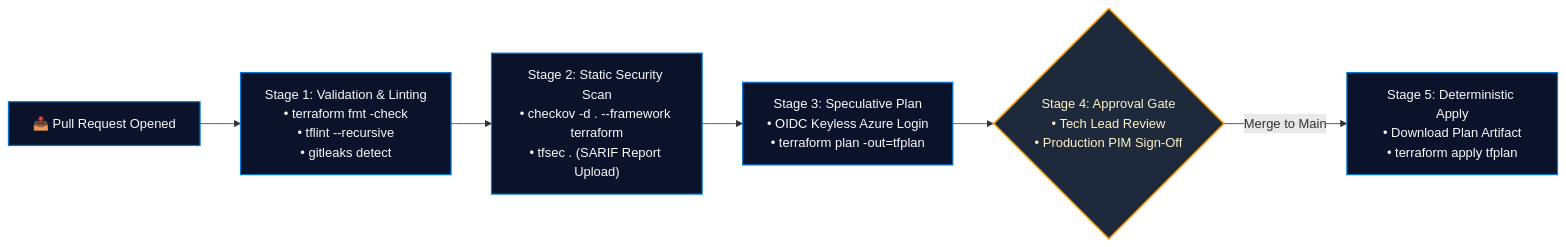
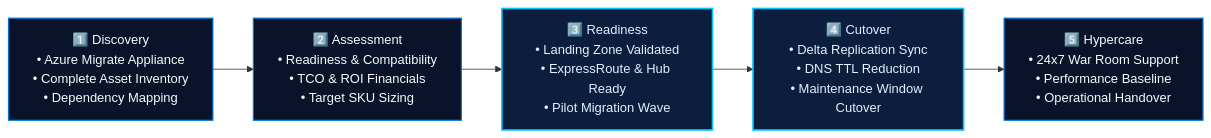
Before and after one commit to Dev-opsRahul/Dev-opsRahul: the second of 3 diagrams in README.md, drawn with Mermaid. The commit also changed other lines of this file and 1 other file, not shown here.

````diff
--- a/README.md
+++ b/README.md
@@ -335,12 +252,11 @@
 ```mermaid
 flowchart LR
-    PR["📥 Pull Request Opened"] --> Gate1["Stage 1: Validation & Linting\n• terraform fmt -check\n• tflint --recursive\n• gitleaks detect"]
-    Gate1 --> Gate2["Stage 2: Static Security Scan\n• checkov -d . --framework terraform\n• tfsec . (SARIF Report Upload)"]
-    Gate2 --> Gate3["Stage 3: Speculative Plan\n• OIDC Keyless Azure Login\n• terraform plan -out=tfplan"]
-    Gate3 --> Review{"Stage 4: Approval Gate\n• Tech Lead Review\n• Production PIM Sign-Off"}
-    Review -->|"Merge to Main"| Gate4["Stage 5: Deterministic Apply\n• Download Plan Artifact\n• terraform apply tfplan"]
+    Step1["1️⃣ Discovery\n• Azure Migrate Appliance\n• Complete Asset Inventory\n• Dependency Mapping"] --> Step2["2️⃣ Assessment\n• Readiness & Compatibility\n• TCO & ROI Financials\n• Target SKU Sizing"]
+    Step2 --> Step3["3️⃣ Readiness\n• Landing Zone Validated\n• ExpressRoute & Hub Ready\n• Pilot Migration Wave"]
+    Step3 --> Step4["4️⃣ Cutover\n• Delta Replication Sync\n• DNS TTL Reduction\n• Maintenance Window Cutover"]
+    Step4 --> Step5["5️⃣ Hypercare\n• 24x7 War Room Support\n• Performance Baseline\n• Operational Handover"]
 
     classDef default fill:#0B132B,stroke:#0078D4,stroke-width:1.5px,color:#F8FAFC;
-    classDef gate fill:#1E293B,stroke:#F59E0B,stroke-width:2px,color:#FEF3C7;
-    class Review gate;
+    classDef highlight fill:#0C1E3D,stroke:#00C7FF,stroke-width:2px,color:#E0F2FE;
+    class Step3,Step4 highlight;
 ```
````
